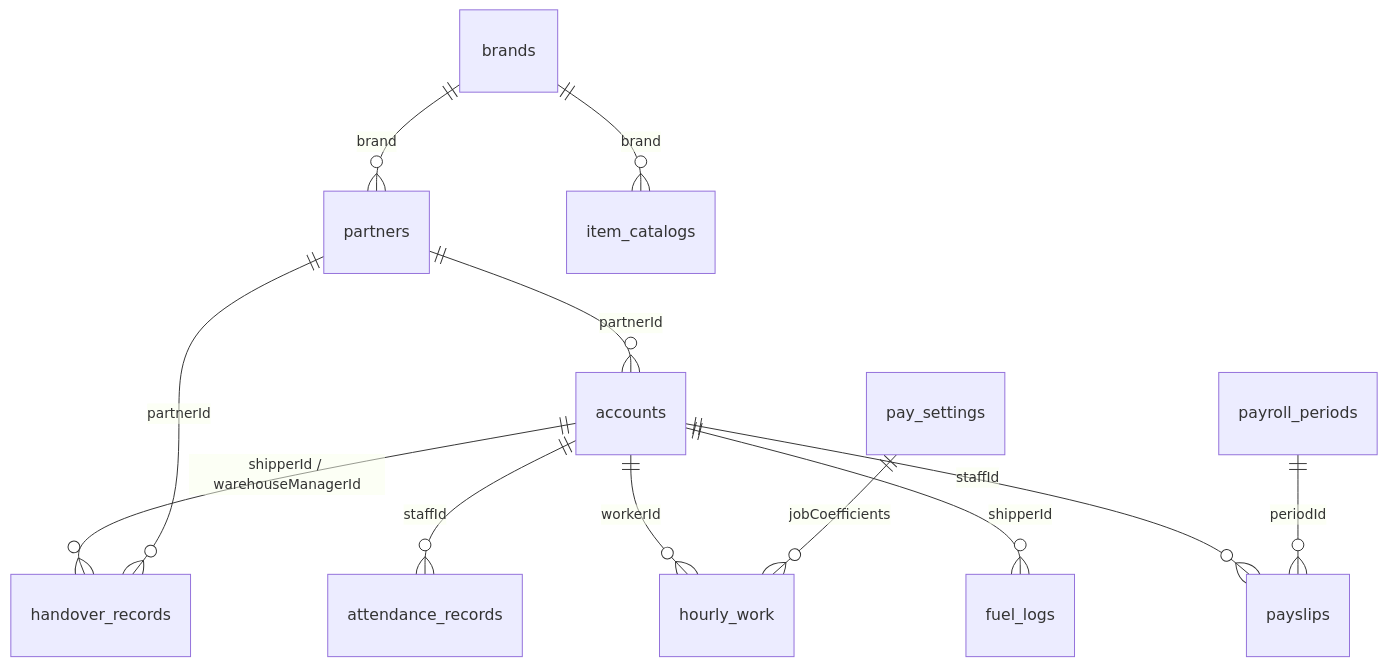
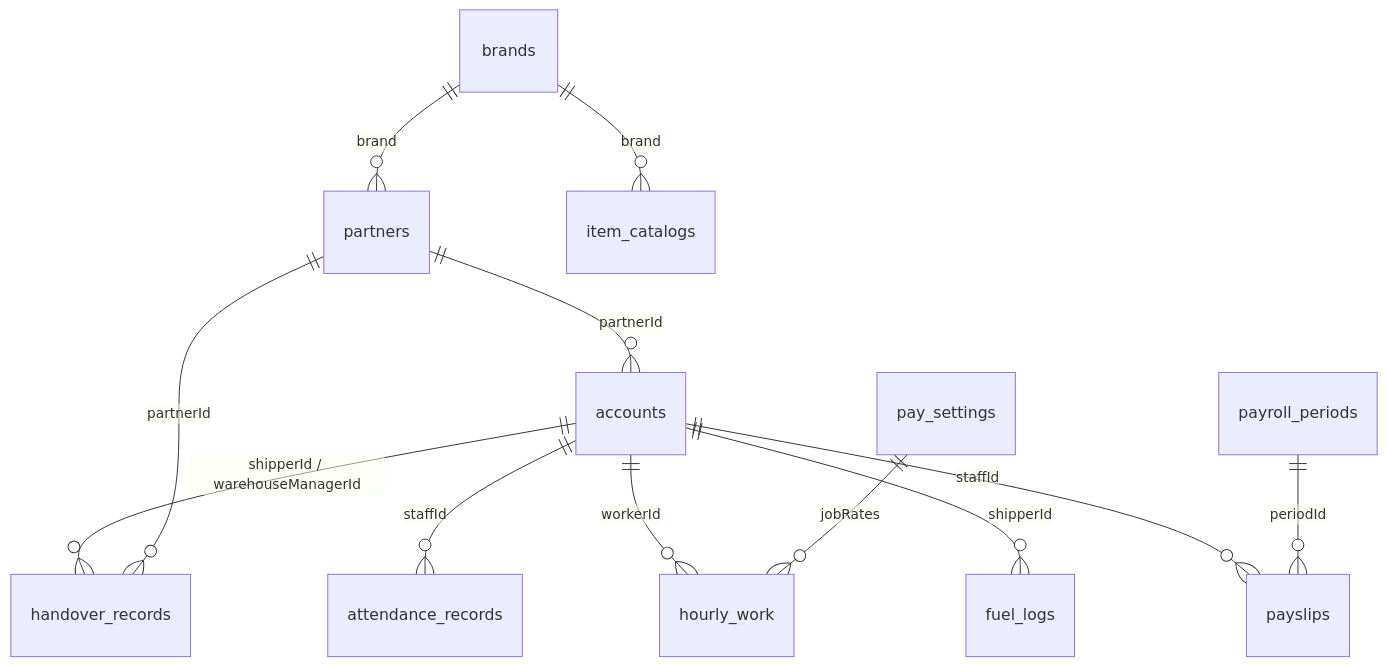
One commit to huyhoang011004/Project_Thanh_Xuan_Company changed the second of 3 diagrams in .agents/docs/DATABASE_DICTIONARY.md. Above: the diagram before and after it, drawn with Mermaid. The commit also changed other lines of this file and 6 other files, not shown here.

````diff
--- a/.agents/docs/DATABASE_DICTIONARY.md
+++ b/.agents/docs/DATABASE_DICTIONARY.md
@@ -37,14 +37,14 @@
 ```mermaid
 erDiagram
     accounts ||--o{ handover_records : "shipperId / warehouseManagerId"
     accounts ||--o{ attendance_records : "staffId"
     accounts ||--o{ hourly_work : "workerId"
     accounts ||--o{ fuel_logs : "shipperId"
     accounts ||--o{ payslips : "staffId"
     brands ||--o{ partners : "brand"
     partners ||--o{ accounts : "partnerId"
     partners ||--o{ handover_records : "partnerId"
     brands ||--o{ item_catalogs : "brand"
-    pay_settings ||--o{ hourly_work : "jobCoefficients"
+    pay_settings ||--o{ hourly_work : "jobRates"
     payroll_periods ||--o{ payslips : "periodId"
 ```
````
